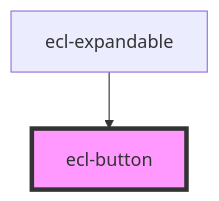
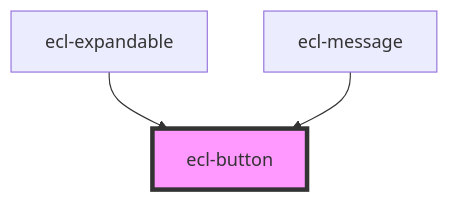
One commit to ec-europa/ecl-webcomponents changed the diagram in src/components/ecl-button/readme.md. Above: the diagram before and after it, drawn with Mermaid. The commit also changed other lines of this file and 15 other files, not shown here.

````diff
--- a/src/components/ecl-button/readme.md
+++ b/src/components/ecl-button/readme.md
@@ -22,5 +23,6 @@
 ```mermaid
 graph TD;
   ecl-expandable --> ecl-button
+  ecl-message --> ecl-button
   style ecl-button fill:#f9f,stroke:#333,stroke-width:4px
 ```
````
